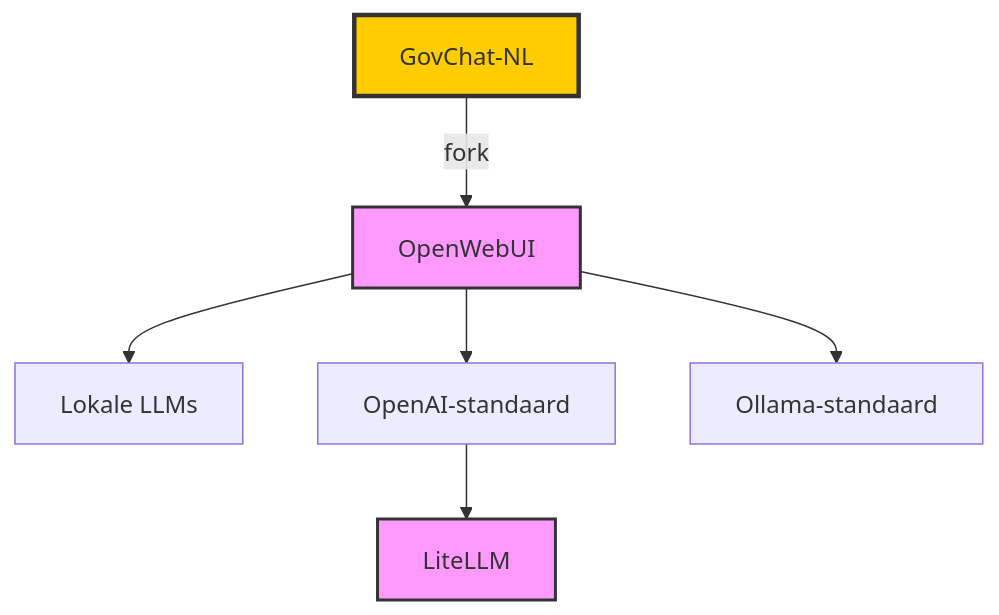
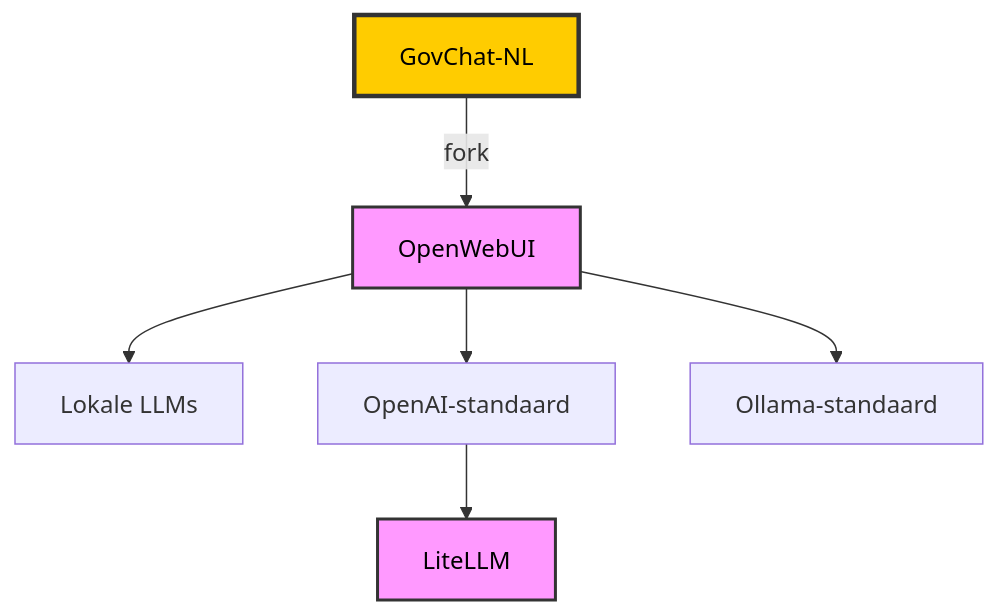
The diagram in README.md (open-webui/open-webui), drawn with Mermaid before and after one commit.

Commit message:
Verbeter leesbaarheid Mermaid Grafiek

````diff
--- a/README.md
+++ b/README.md
@@ -70,31 +70,31 @@
 ```mermaid 
 
 flowchart TD 
 
     %% Hoofdcomponent 
 
     GovChatNL[GovChat-NL]:::main --> |fork| OpenWebUI:::repo; 
 
  
 
     %% Repositories met standaardstijl 
 
     OpenWebUI --> LokaleLLMs[Lokale LLMs]; 
 
     OpenWebUI --> OpenAI-standaard; 
 
     OpenWebUI --> Ollama-standaard; 
 
     OpenAI-standaard --> LiteLLM:::repo; 
 
  
 
     %% Klassen voor stijl 
 
-    classDef main fill:#ffcc00,stroke:#333,stroke-width:3px,rounded-corners, font-size:16px; 
+    classDef main fill:#ffcc00,stroke:#333,stroke-width:3px,rounded-corners, font-size:16px, color:#000000; 
 
-    classDef repo fill:#f9f,stroke:#333,stroke-width:2px,rounded-corners; 
+    classDef repo fill:#f9f,stroke:#333,stroke-width:2px,rounded-corners,color:#000000; 
 
  
 
 ``` 
````
